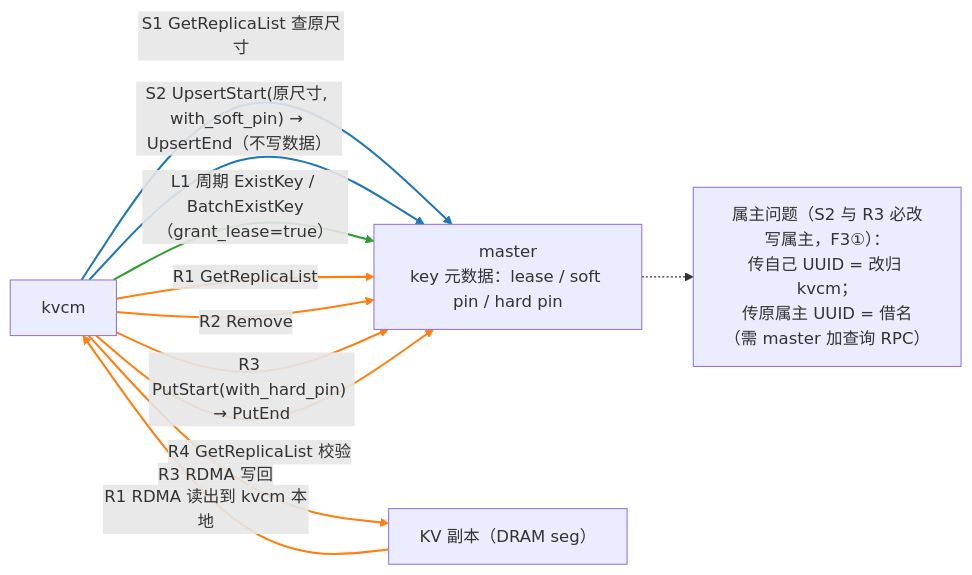
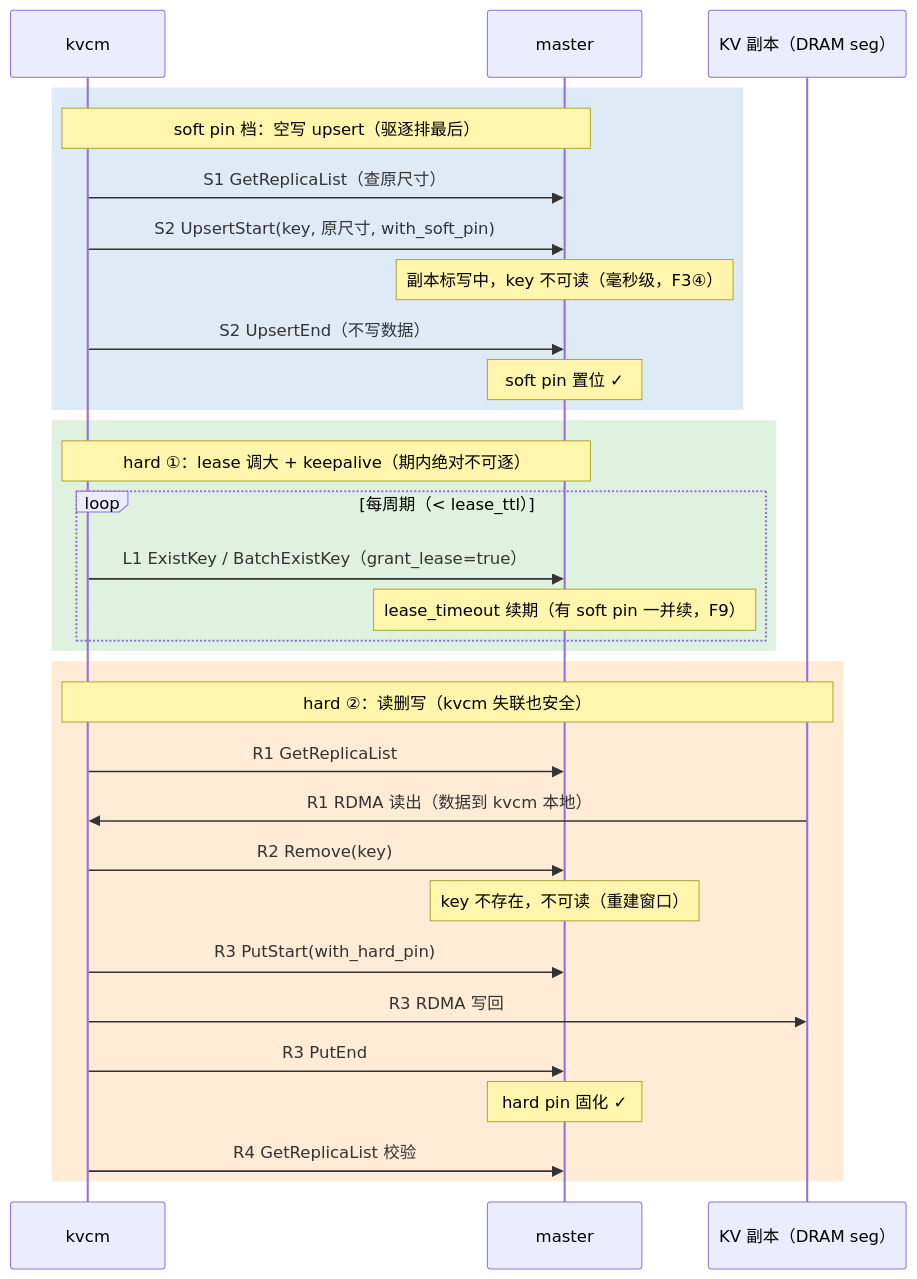
Before and after one commit to 5x8-40/lake: the fifth of 10 diagrams in kvcm/D2-kv-operations.md, drawn with Mermaid. The commit also changed other lines of this file, not shown here.

Commit message:
docs(kvcm): 图④ pin 改时序图——三方案 rect 底色分段
- flowchart 改 sequenceDiagram：pin 无拓扑维度（纯 kvcm↔master 动作
  序列），命门是顺序与时间窗口，时序图原生表达
- 三方案 rect 底色分段（蓝=soft 空写 / 绿=hard① / 橙=hard②）；
  keepalive 用 loop 块表周期循环
- 时间窗口标在时间轴：空写「副本标写中不可读」、读删写「重建窗口
  key 不存在」——flowchart 表达不了的两处风险点
- 属主两选择收为图下正文一行（S2/R3 发起方身份=新属主，F3①）

````diff
--- a/kvcm/D2-kv-operations.md
+++ b/kvcm/D2-kv-operations.md
@@ -355,23 +355,36 @@
 ```mermaid
-flowchart LR
-    K["kvcm"]
-    M["master<br/>key 元数据：lease / soft pin / hard pin"]
-    D["KV 副本（DRAM seg）"]
+sequenceDiagram
+    participant K as kvcm
+    participant M as master
+    participant D as KV 副本（DRAM seg）
 
-    K -->|"S1 GetReplicaList 查原尺寸"| M
-    K -->|"S2 UpsertStart(原尺寸, with_soft_pin) → UpsertEnd（不写数据）"| M
-    K -->|"L1 周期 ExistKey / BatchExistKey（grant_lease=true）"| M
-    K -->|"R1 GetReplicaList"| M
-    D ==>|"R1 RDMA 读出到 kvcm 本地"| K
-    K -->|"R2 Remove"| M
-    K -->|"R3 PutStart(with_hard_pin) → PutEnd"| M
-    K ==>|"R3 RDMA 写回"| D
-    K -->|"R4 GetReplicaList 校验"| M
+    rect rgb(222, 235, 247)
+    Note over K,M: soft pin 档：空写 upsert（驱逐排最后）
+    K->>M: S1 GetReplicaList（查原尺寸）
+    K->>M: S2 UpsertStart(key, 原尺寸, with_soft_pin)
+    Note over M: 副本标写中，key 不可读（毫秒级，F3④）
+    K->>M: S2 UpsertEnd（不写数据）
+    Note over M: soft pin 置位 ✓
+    end
 
-    OWN["属主问题（S2 与 R3 必改写属主，F3①）：<br/>传自己 UUID = 改归 kvcm；<br/>传原属主 UUID = 借名（需 master 加查询 RPC）"]
-    M -.-> OWN
+    rect rgb(223, 242, 223)
+    Note over K,M: hard ①：lease 调大 + keepalive（期内绝对不可逐）
+    loop 每周期（< lease_ttl）
+        K->>M: L1 ExistKey / BatchExistKey（grant_lease=true）
+        Note over M: lease_timeout 续期（有 soft pin 一并续，F9）
+    end
+    end
 
-    linkStyle 0,1 stroke:#1f77b4,stroke-width:2px
-    linkStyle 2 stroke:#2ca02c,stroke-width:2px
-    linkStyle 3,4,5,6,7,8 stroke:#ff7f0e,stroke-width:2px
+    rect rgb(255, 235, 214)
+    Note over K,D: hard ②：读删写（kvcm 失联也安全）
+    K->>M: R1 GetReplicaList
+    D->>K: R1 RDMA 读出（数据到 kvcm 本地）
+    K->>M: R2 Remove(key)
+    Note over M: key 不存在，不可读（重建窗口）
+    K->>M: R3 PutStart(with_hard_pin)
+    K->>D: R3 RDMA 写回
+    K->>M: R3 PutEnd
+    Note over M: hard pin 固化 ✓
+    K->>M: R4 GetReplicaList 校验
+    end
 ```
````
